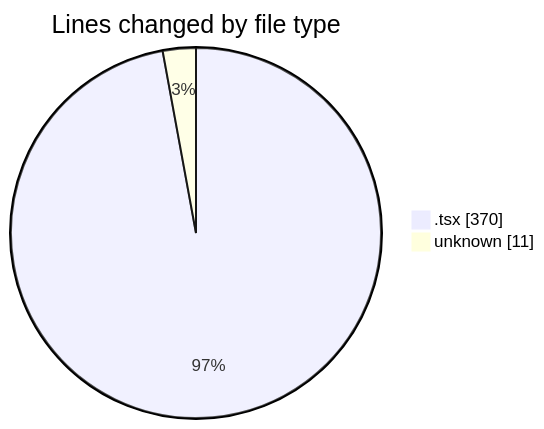
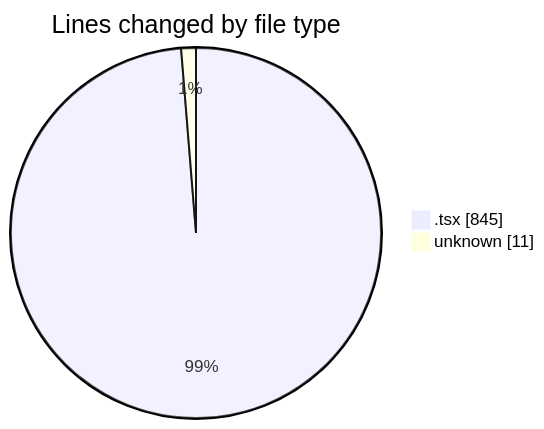
One commit to JenPaints/code-tracking changed the first of 2 diagrams in 2025-06-10/kimberly-groups/README.md. Above: the diagram before and after it, drawn with Mermaid. The commit also changed other lines of this file and 1 other file, not shown here.

````diff
--- a/2025-06-10/kimberly-groups/README.md
+++ b/2025-06-10/kimberly-groups/README.md
@@ -22,6 +22,6 @@
 ```mermaid
 pie showData
 title Lines changed by file type
-".tsx" : 370
+".tsx" : 845
 "unknown" : 11
 ```
````
